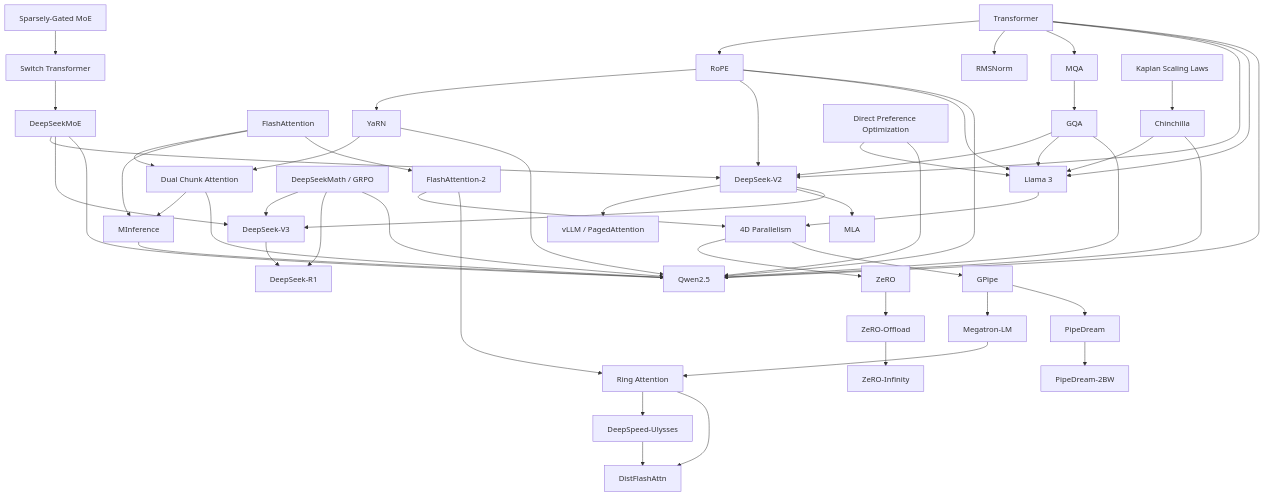
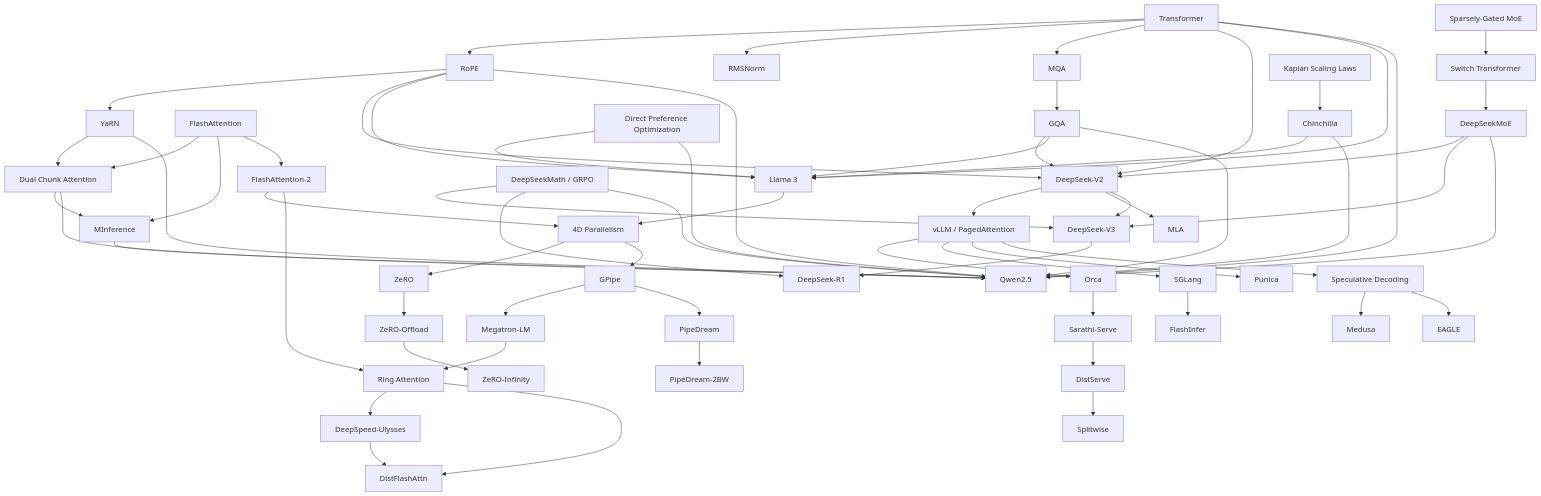
One commit to KetenBieber/llm-technology-atlas changed the first of 2 diagrams in docs/technology-map.md. Above: the diagram before and after it, drawn with Mermaid. The commit also changed 25 other files, not shown here.

````diff
--- a/docs/technology-map.md
+++ b/docs/technology-map.md
@@ -5,63 +5,73 @@
 ```{mermaid}
 flowchart TD
   T["Transformer"] --> R["RoPE"]
   T --> N["RMSNorm"]
   R --> YARN["YaRN"]
   YARN --> DCA["Dual Chunk Attention"]
   DCA --> MINF["MInference"]
   FA["FlashAttention"] --> DCA
   FA --> MINF
   FA --> FA2["FlashAttention-2"]
   FA2 --> SYS4D["4D Parallelism"]
   SYS4D --> ZERO["ZeRO"]
   SYS4D --> GPIPE["GPipe"]
   GPIPE --> MEGA["Megatron-LM"]
   MEGA --> RING["Ring Attention"]
   FA2 --> RING
   GPIPE --> PD["PipeDream"]
   PD --> PD2["PipeDream-2BW"]
   ZERO --> ZO["ZeRO-Offload"]
   ZO --> ZI["ZeRO-Infinity"]
   RING --> ULYSSES["DeepSpeed-Ulysses"]
   ULYSSES --> DFA["DistFlashAttn"]
   RING --> DFA
   V2 --> VL["vLLM / PagedAttention"]
+  VL --> ORCA["Orca"]
+  ORCA --> SARATHI["Sarathi-Serve"]
+  SARATHI --> DSERVE["DistServe"]
+  DSERVE --> SPLIT["Splitwise"]
+  VL --> SGL["SGLang"]
+  SGL --> FINFER["FlashInfer"]
+  VL --> PUN["Punica"]
+  VL --> SPEC["Speculative Decoding"]
+  SPEC --> MEDUSA["Medusa"]
+  SPEC --> EAGLE["EAGLE"]
   T --> MQA["MQA"]
   MQA --> GQA["GQA"]
 
   SG["Sparsely-Gated MoE"] --> SW["Switch Transformer"]
   SW --> DSM["DeepSeekMoE"]
 
   T --> V2["DeepSeek-V2"]
   GQA --> V2
   R --> V2
   DSM --> V2
   V2 --> MLA["MLA"]
 
   V2 --> V3["DeepSeek-V3"]
   DSM --> V3
   V3 --> R1["DeepSeek-R1"]
 
   L3 --> SYS4D
   GRPO["DeepSeekMath / GRPO"] --> V3
   GRPO --> R1
 
   T --> L3["Llama 3"]
   R --> L3
   GQA --> L3
 
   T --> Q25["Qwen2.5"]
   R --> Q25
   GQA --> Q25
   DSM --> Q25
   GRPO --> Q25
   DPO["Direct Preference Optimization"] --> L3
   YARN --> Q25
   DCA --> Q25
   MINF --> Q25
   DPO --> Q25
 
   KAP["Kaplan Scaling Laws"] --> CH["Chinchilla"]
   CH --> L3
   CH --> Q25
 ```
````
